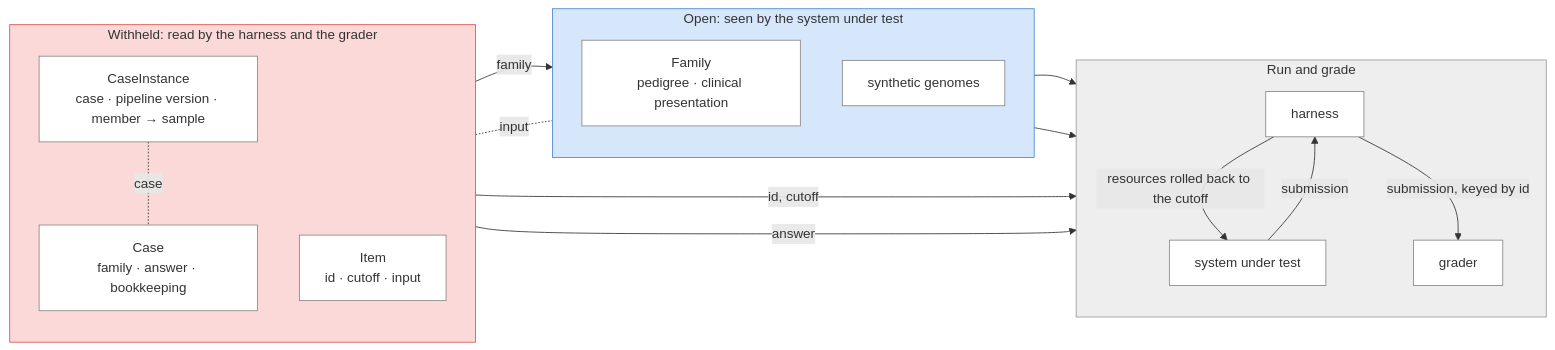
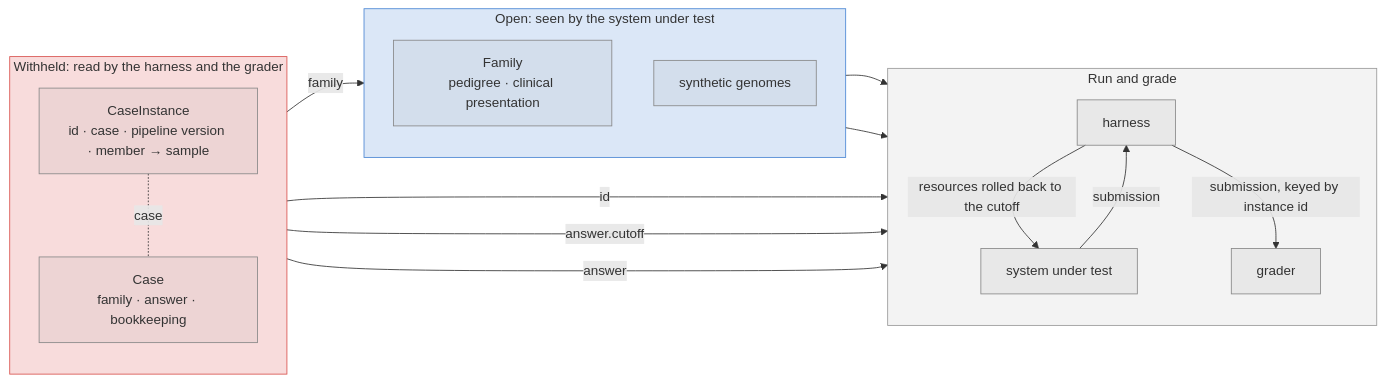
One commit to populationgenomics/rare-disease-benchmark changed the fourth of 4 diagrams in docs/schema.md. Above: the diagram before and after it, drawn with Mermaid. The commit also changed other lines of this file and 6 other files, not shown here.

First line of the commit message:
schema: case instances are the items; diseases take several ids

````diff
--- a/docs/schema.md
+++ b/docs/schema.md
@@ -311,38 +304,37 @@
 ```mermaid
 flowchart LR
     subgraph W["Withheld: read by the harness and the grader"]
         direction TB
+        INST["CaseInstance<br/>id · case · pipeline version · member → sample"]
         CASE["Case<br/>family · answer · bookkeeping"]
-        INST["CaseInstance<br/>case · pipeline version · member → sample"]
-        ITEM["Item<br/>id · cutoff · input"]
     end
 
     subgraph O["Open: seen by the system under test"]
         direction TB
         FAM["Family<br/>pedigree · clinical presentation"]
         FILES["synthetic genomes"]
     end
 
     subgraph G["Run and grade"]
         direction TB
         HARNESS["harness"]
         SUT["system under test"]
         GRADER["grader"]
     end
 
+    INST -. "case" .- CASE
+    INST -- "id" --> HARNESS
+    CASE -- "answer.cutoff" --> HARNESS
     CASE -- "family" --> FAM
-    INST -. "case" .- CASE
-    ITEM -. "input" .- FAM
-    ITEM -- "id, cutoff" --> HARNESS
     FAM --> SUT
     FILES --> SUT
     HARNESS -- "resources rolled back to the cutoff" --> SUT
     SUT -- "submission" --> HARNESS
-    HARNESS -- "submission, keyed by id" --> GRADER
+    HARNESS -- "submission, keyed by instance id" --> GRADER
     CASE -- "answer" --> GRADER
 
-    classDef default fill:#ffffff,stroke:#888888
-    style W fill:#fcd9d9,stroke:#d9534f
-    style O fill:#d6e6fb,stroke:#4a86d4
-    style G fill:#eeeeee,stroke:#999999
+    classDef default fill:#8888881a,stroke:#888888
+    style W fill:#d9534f33,stroke:#d9534f
+    style O fill:#4a86d433,stroke:#4a86d4
+    style G fill:#9999991f,stroke:#999999
 ```
````
